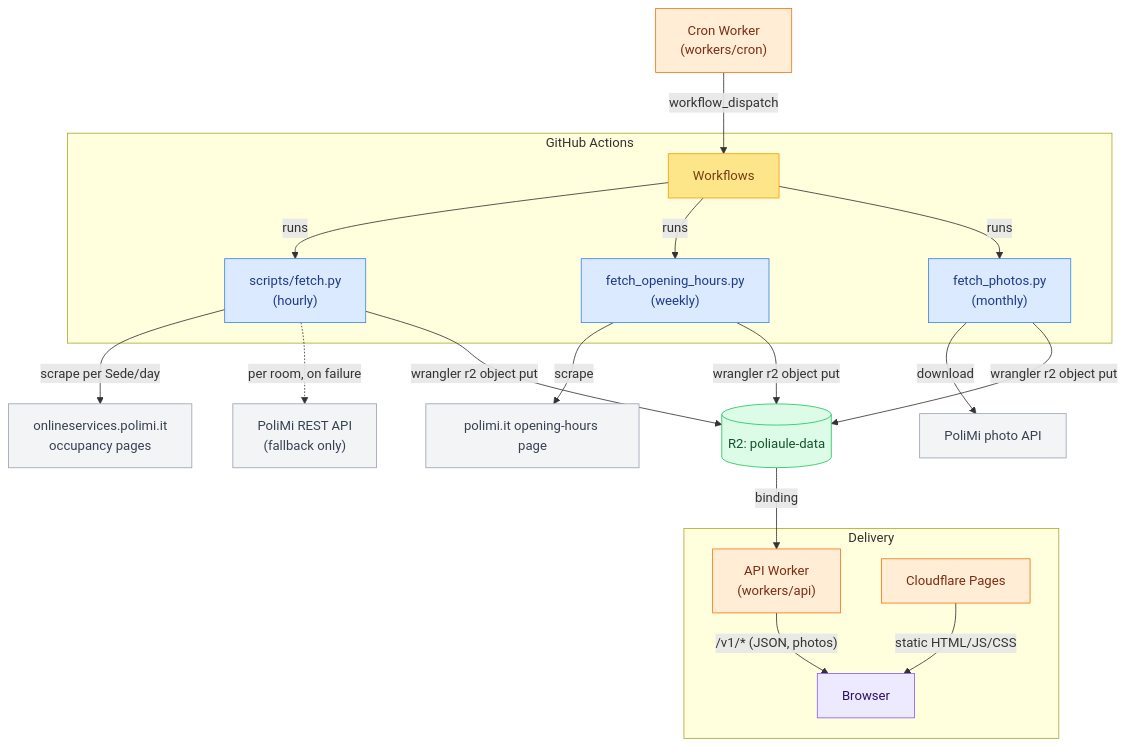
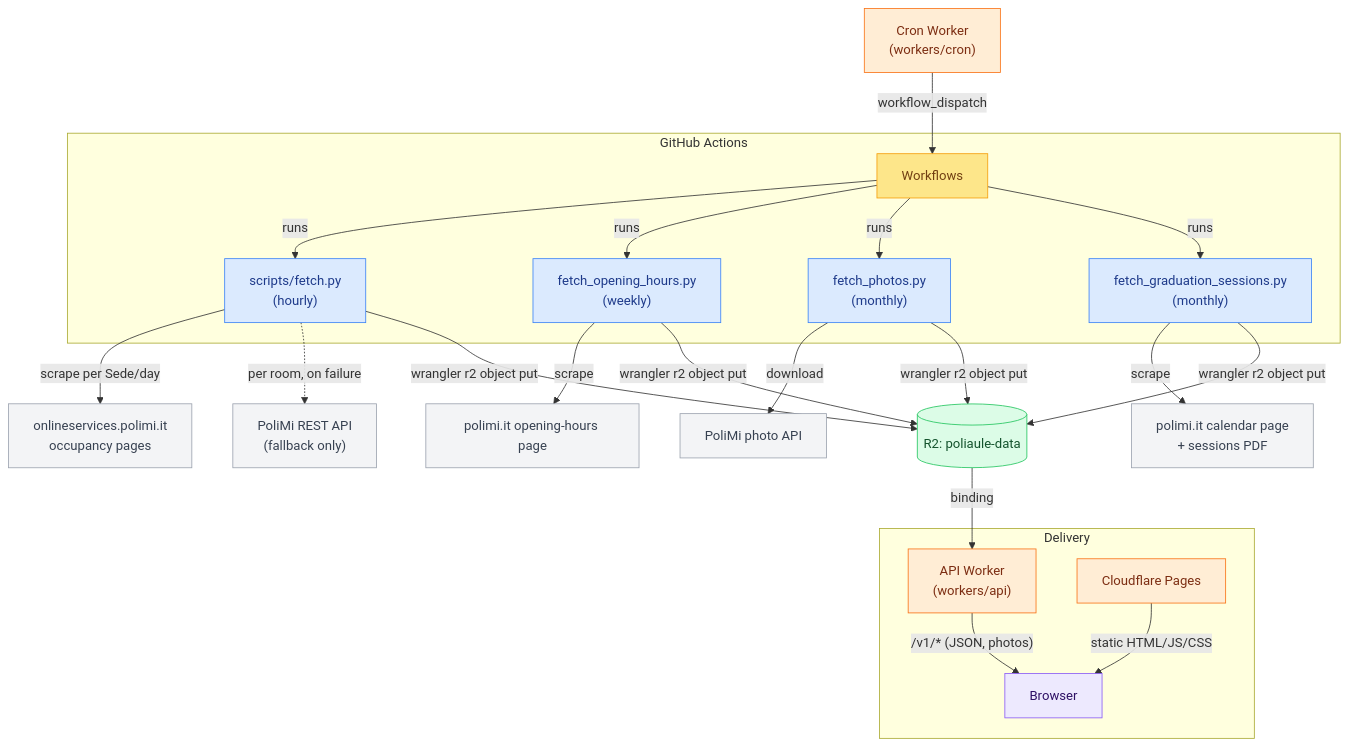
Before and after one commit to SummaCristian/PoliAule: the first of 4 diagrams in docs/architecture.md, drawn with Mermaid. The commit also changed other lines of this file and 8 other files, not shown here.

First line of the commit message:
Added graduation sessions scraper and API endpoint

````diff
--- a/docs/architecture.md
+++ b/docs/architecture.md
@@ -9,45 +9,50 @@
 ```mermaid
 graph TD
     classDef ci fill:#fde68a,stroke:#f59e0b,color:#713f12
     classDef py fill:#dbeafe,stroke:#3b82f6,color:#1e3a8a
     classDef api fill:#f3f4f6,stroke:#9ca3af,color:#374151
     classDef store fill:#dcfce7,stroke:#22c55e,color:#14532d
     classDef cf fill:#ffedd5,stroke:#f97316,color:#7c2d12
     classDef browser fill:#ede9fe,stroke:#8b5cf6,color:#2e1065
 
     CRON["Cron Worker<br/>(workers/cron)"]:::cf
 
     subgraph CI ["GitHub Actions"]
         GHA["Workflows"]:::ci
         PY["scripts/fetch.py<br/>(hourly)"]:::py
         PYOH["fetch_opening_hours.py<br/>(weekly)"]:::py
         PYPH["fetch_photos.py<br/>(monthly)"]:::py
+        PYGS["fetch_graduation_sessions.py<br/>(monthly)"]:::py
     end
 
     POLIMI_PAGE_OCC["onlineservices.polimi.it<br/>occupancy pages"]:::api
     POLIMI_API["PoliMi REST API<br/>(fallback only)"]:::api
     POLIMI_PAGE["polimi.it opening-hours page"]:::api
     POLIMI_PHOTO["PoliMi photo API"]:::api
+    POLIMI_PDF["polimi.it calendar page<br/>+ sessions PDF"]:::api
     R2[("R2: poliaule-data")]:::store
 
     subgraph Delivery ["Delivery"]
         WORKER["API Worker<br/>(workers/api)"]:::cf
         PAGES["Cloudflare Pages"]:::cf
         BROWSER["Browser"]:::browser
     end
 
     CRON -->|workflow_dispatch| GHA
     GHA -->|runs| PY
     GHA -->|runs| PYOH
     GHA -->|runs| PYPH
+    GHA -->|runs| PYGS
     PY -->|scrape per Sede/day| POLIMI_PAGE_OCC
     PY -.->|per room, on failure| POLIMI_API
     PYOH -->|scrape| POLIMI_PAGE
     PYPH -->|download| POLIMI_PHOTO
+    PYGS -->|scrape| POLIMI_PDF
     PY -->|wrangler r2 object put| R2
     PYOH -->|wrangler r2 object put| R2
     PYPH -->|wrangler r2 object put| R2
+    PYGS -->|wrangler r2 object put| R2
     R2 -->|binding| WORKER
     WORKER -->|"/v1/* (JSON, photos)"| BROWSER
     PAGES -->|static HTML/JS/CSS| BROWSER
 ```
````
